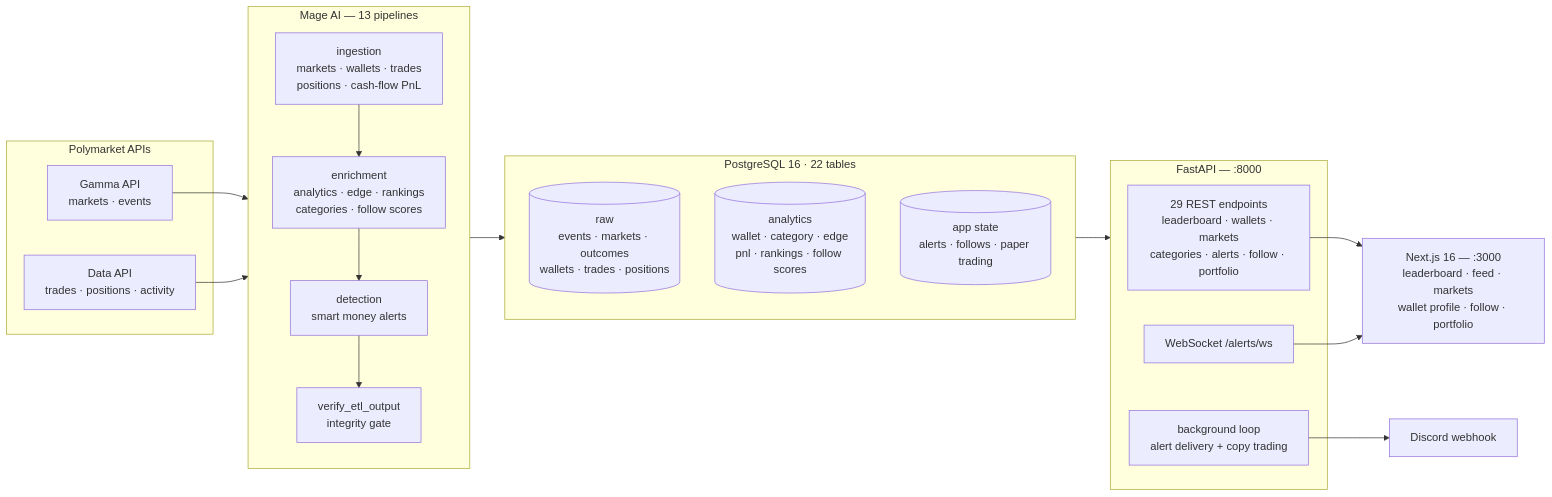
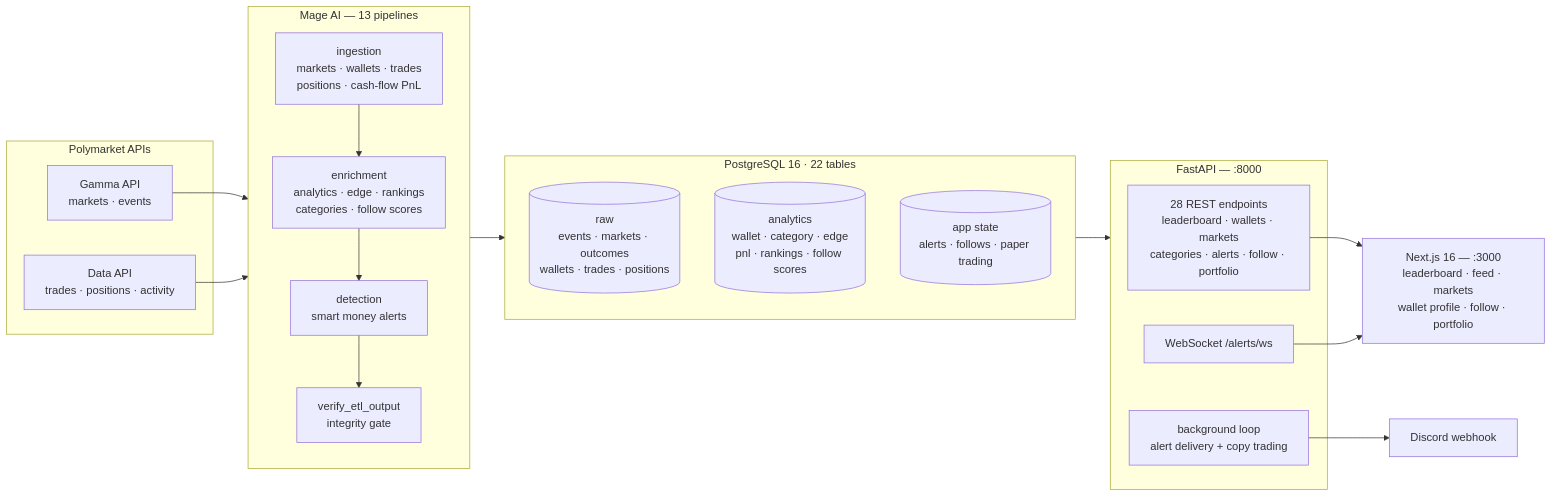
Before and after one commit to AntoineROYERB/polymarketpricer: the diagram in README.md, drawn with Mermaid. The commit also changed other lines of this file and 26 other files, not shown here.

````diff
--- a/README.md
+++ b/README.md
@@ -123,39 +123,39 @@
 ```mermaid
 flowchart LR
     subgraph EXT["Polymarket APIs"]
         GAMMA["Gamma API<br/>markets · events"]
         DATA["Data API<br/>trades · positions · activity"]
     end
 
     subgraph ETL["Mage AI — 13 pipelines"]
         direction TB
         ING["ingestion<br/>markets · wallets · trades<br/>positions · cash-flow PnL"]
         ENR["enrichment<br/>analytics · edge · rankings<br/>categories · follow scores"]
         DET["detection<br/>smart money alerts"]
         VER["verify_etl_output<br/>integrity gate"]
         ING --> ENR --> DET --> VER
     end
 
     subgraph DB["PostgreSQL 16 · 22 tables"]
         RAW[("raw<br/>events · markets · outcomes<br/>wallets · trades · positions")]
         ANA[("analytics<br/>wallet · category · edge<br/>pnl · rankings · follow scores")]
         APP[("app state<br/>alerts · follows · paper trading")]
     end
 
     subgraph API["FastAPI — :8000"]
-        REST["29 REST endpoints<br/>leaderboard · wallets · markets<br/>categories · alerts · follow · portfolio"]
+        REST["28 REST endpoints<br/>leaderboard · wallets · markets<br/>categories · alerts · follow · portfolio"]
         WS["WebSocket /alerts/ws"]
         BG["background loop<br/>alert delivery + copy trading"]
     end
 
     UI["Next.js 16 — :3000<br/>leaderboard · feed · markets<br/>wallet profile · follow · portfolio"]
     DISCORD["Discord webhook"]
 
     GAMMA --> ING
     DATA --> ING
     ETL --> DB
     DB --> API
     REST --> UI
     WS --> UI
     BG --> DISCORD
 ```
````
